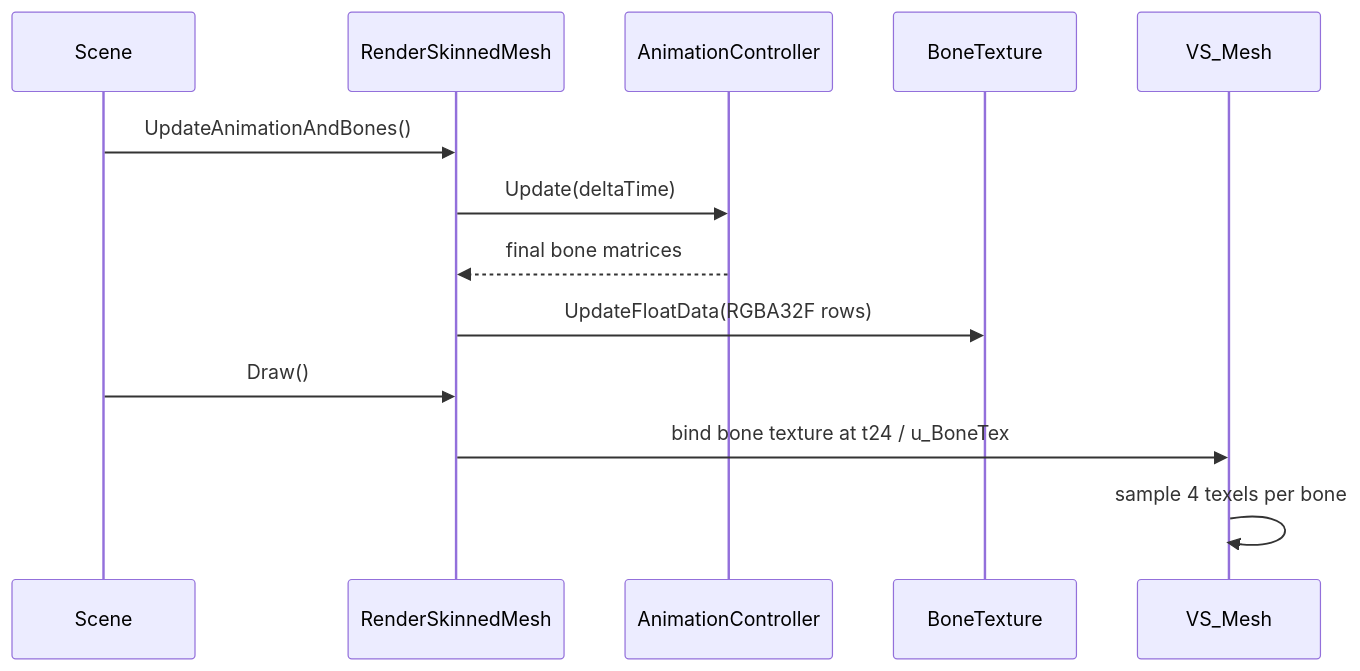
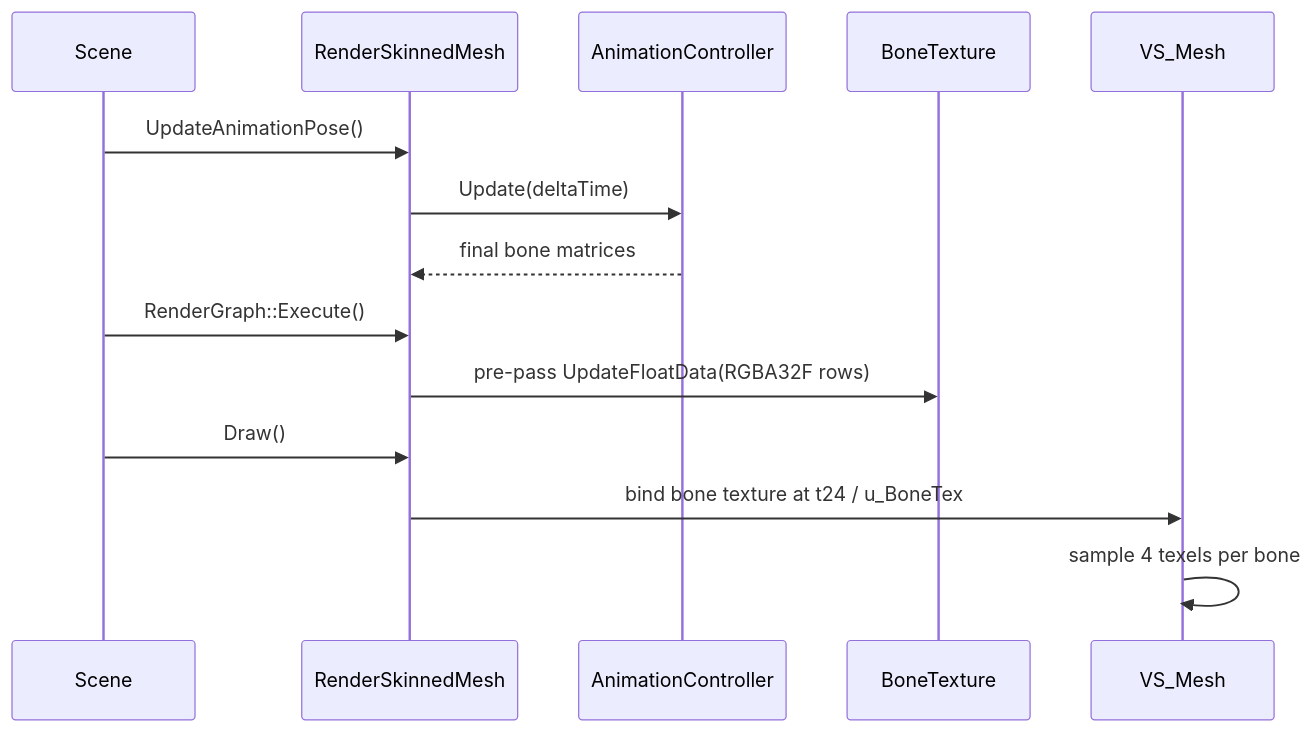
Before and after one commit to 0Camus0/T850: the fourth of 4 diagrams in documentation/animation/animation-system.md, drawn with Mermaid. The commit also changed other lines of this file and 92 other files, not shown here.

````diff
--- a/documentation/animation/animation-system.md
+++ b/documentation/animation/animation-system.md
@@ -260,16 +262,17 @@
 ```mermaid
 sequenceDiagram
   participant Scene
   participant Mesh as RenderSkinnedMesh
   participant Ctrl as AnimationController
   participant Tex as BoneTexture
   participant Shader as VS_Mesh
 
-  Scene->>Mesh: UpdateAnimationAndBones()
+  Scene->>Mesh: UpdateAnimationPose()
   Mesh->>Ctrl: Update(deltaTime)
   Ctrl-->>Mesh: final bone matrices
-  Mesh->>Tex: UpdateFloatData(RGBA32F rows)
+  Scene->>Mesh: RenderGraph::Execute()
+  Mesh->>Tex: pre-pass UpdateFloatData(RGBA32F rows)
   Scene->>Mesh: Draw()
   Mesh->>Shader: bind bone texture at t24 / u_BoneTex
   Shader->>Shader: sample 4 texels per bone
 ```
````
